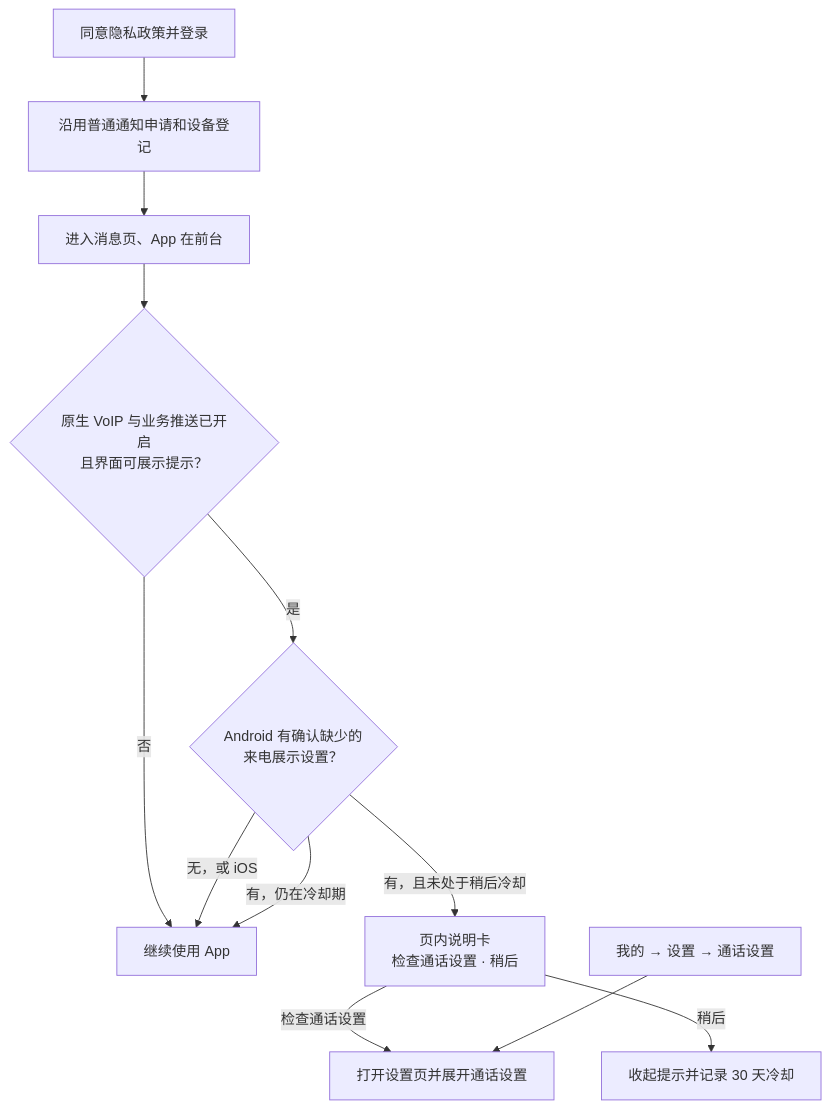
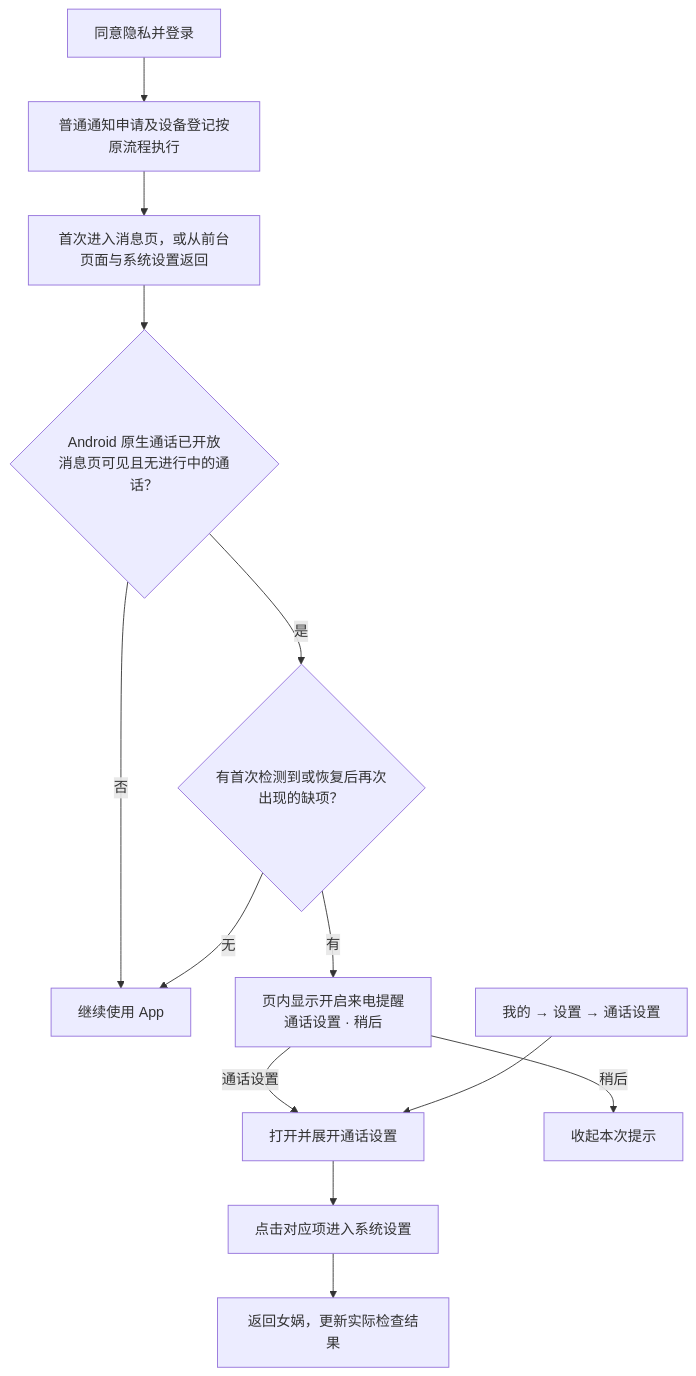
Before and after one commit to nuwax-ai/nuwax-mobile: the second of 7 diagrams in docs/engineering/voip-permission-qa-flow.md, drawn with Mermaid. The commit also changed other lines of this file and 15 other files, not shown here.

````diff
--- a/docs/engineering/voip-permission-qa-flow.md
+++ b/docs/engineering/voip-permission-qa-flow.md
@@ -22,14 +22,15 @@
 ```mermaid
 flowchart TD
-    A["同意隐私政策并登录"] --> B["沿用普通通知申请和设备登记"]
-    B --> C["进入消息页、App 在前台"]
-    C --> D{"原生 VoIP 与业务推送已开启<br/>且界面可展示提示？"}
+    A["同意隐私并登录"] --> B["普通通知申请及设备登记按原流程执行"]
+    B --> C["首次进入消息页，或从前台页面与系统设置返回"]
+    C --> D{"Android 原生通话已开放<br/>消息页可见且无进行中的通话？"}
     D -->|否| E["继续使用 App"]
-    D -->|是| F{"Android 有确认缺少的<br/>来电展示设置？"}
-    F -->|无，或 iOS| E
-    F -->|有，且未处于稍后冷却| G["页内说明卡<br/>检查通话设置 · 稍后"]
-    F -->|有，仍在冷却期| E
-    G -->|检查通话设置| H["打开设置页并展开通话设置"]
-    G -->|稍后| I["收起提示并记录 30 天冷却"]
-    J["我的 → 设置 → 通话设置"] --> H
+    D -->|是| F{"有首次检测到或恢复后再次出现的缺项？"}
+    F -->|有| G["页内显示开启来电提醒<br/>通话设置 · 稍后"]
+    F -->|无| E
+    G -->|通话设置| H["打开并展开通话设置"]
+    G -->|稍后| I["收起本次提示"]
+    H --> J["点击对应项进入系统设置"]
+    J --> K["返回女娲，更新实际检查结果"]
+    L["我的 → 设置 → 通话设置"] --> H
 ```
````
